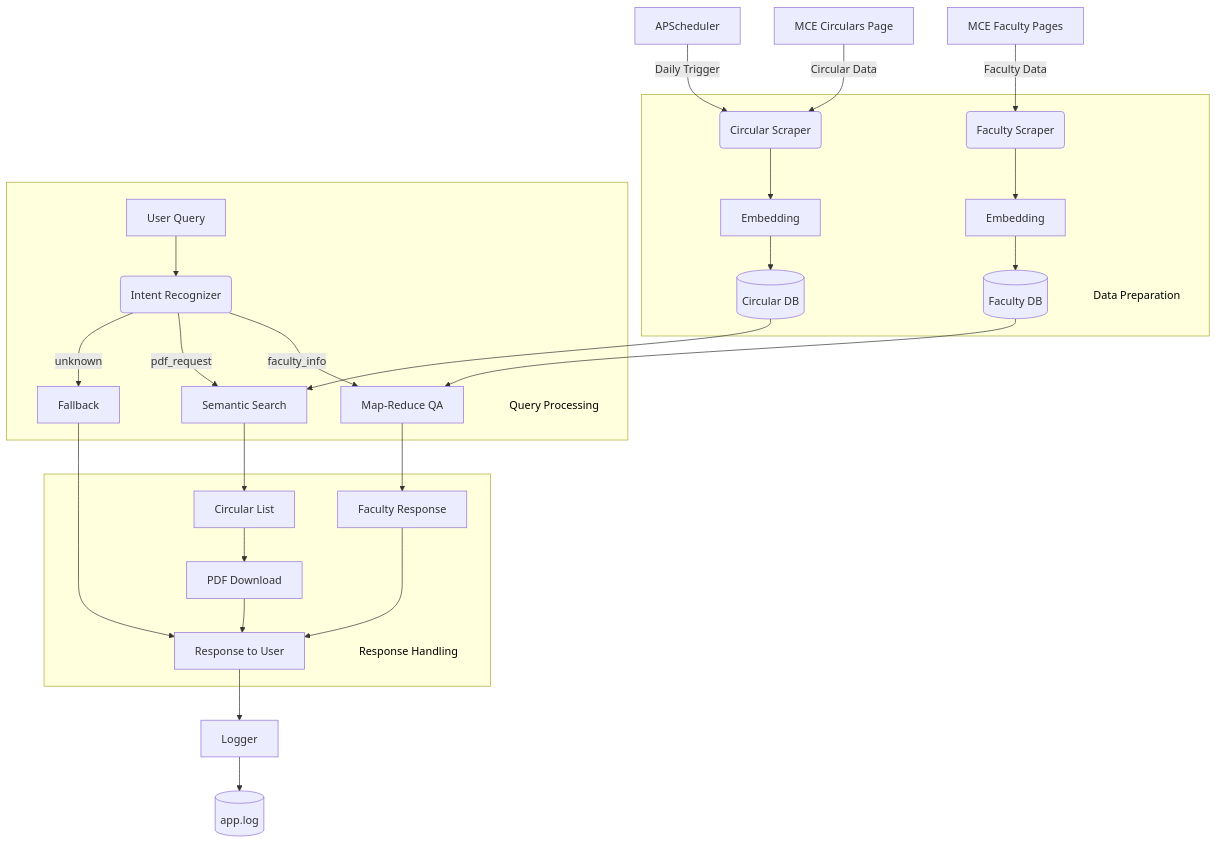
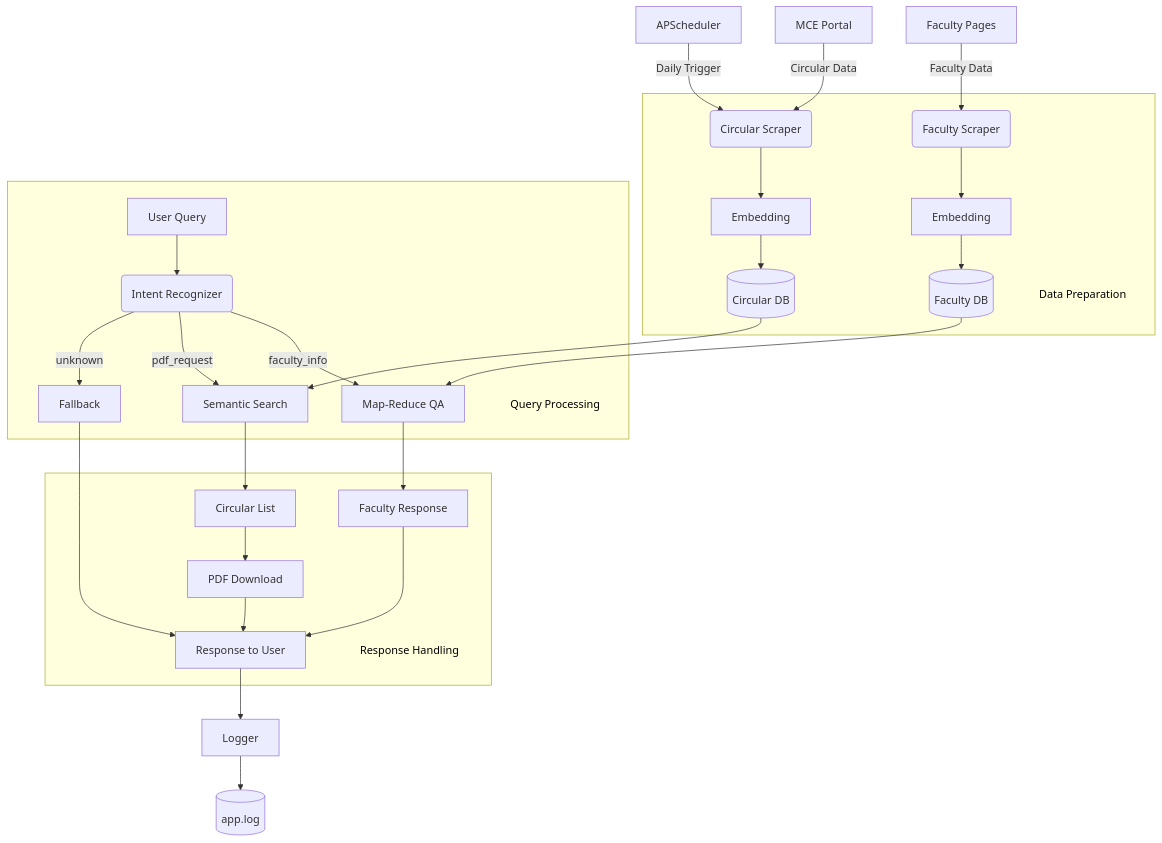
Before and after one commit to aappu-hp/NovaCite: the diagram in README.md, drawn with Mermaid.

Commit message:
feat: Updated Architecture Diagram

````diff
--- a/README.md
+++ b/README.md
@@ -33,46 +33,47 @@
 ```mermaid
+%%{init: {'theme': 'default'}}%%
 graph TD
     %% ===== DATA SOURCES =====
-    MCE[MCE Circulars Page] -->|Circular Data| CS
-    FAC[MCE Faculty Pages] -->|Faculty Data| FS
+    MCE[MCE Portal] -->|Circular Data| CS
+    FAC[Faculty Pages] -->|Faculty Data| FS
 
     %% ===== DATA PREPARATION =====
     subgraph DP[" "]
         FS(Faculty Scraper) --> FE[Embedding]
         CS(Circular Scraper) --> CE[Embedding]
         FE --> FDB[(Faculty DB)]
         CE --> CDB[(Circular DB)]
         DP_Title>Data Preparation]:::title
     end
 
     %% ===== USER INTERACTION =====
     subgraph QP[" "]
         U[User Query] --> IR(Intent Recognizer)
         IR -->|faculty_info| QA[Map-Reduce QA]
         IR -->|pdf_request| SS[Semantic Search]
         IR -->|unknown| FB[Fallback]
         FDB --> QA
         CDB --> SS
         QP_Title>Query Processing]:::title
     end
 
     %% ===== RESPONSE GENERATION =====
     subgraph RH[" "]
         QA --> FR[Faculty Response]
         SS --> CL[Circular List]
         CL --> PD[PDF Download]
         FR & PD & FB --> R[Response to User]
         RH_Title>Response Handling]:::title
     end
 
     %% ===== LOGGING =====
     R --> L[Logger]
     L --> APP[(app.log)]
 
     %% ===== AUTOMATION =====
     AP[APScheduler] -->|Daily Trigger| CS
 
     %% ===== STYLING =====
     classDef title fill:transparent, stroke:transparent, color:black, width:0, height:0, text-align:left;
     class DP_Title,QP_Title,RH_Title title;
 ```
````
